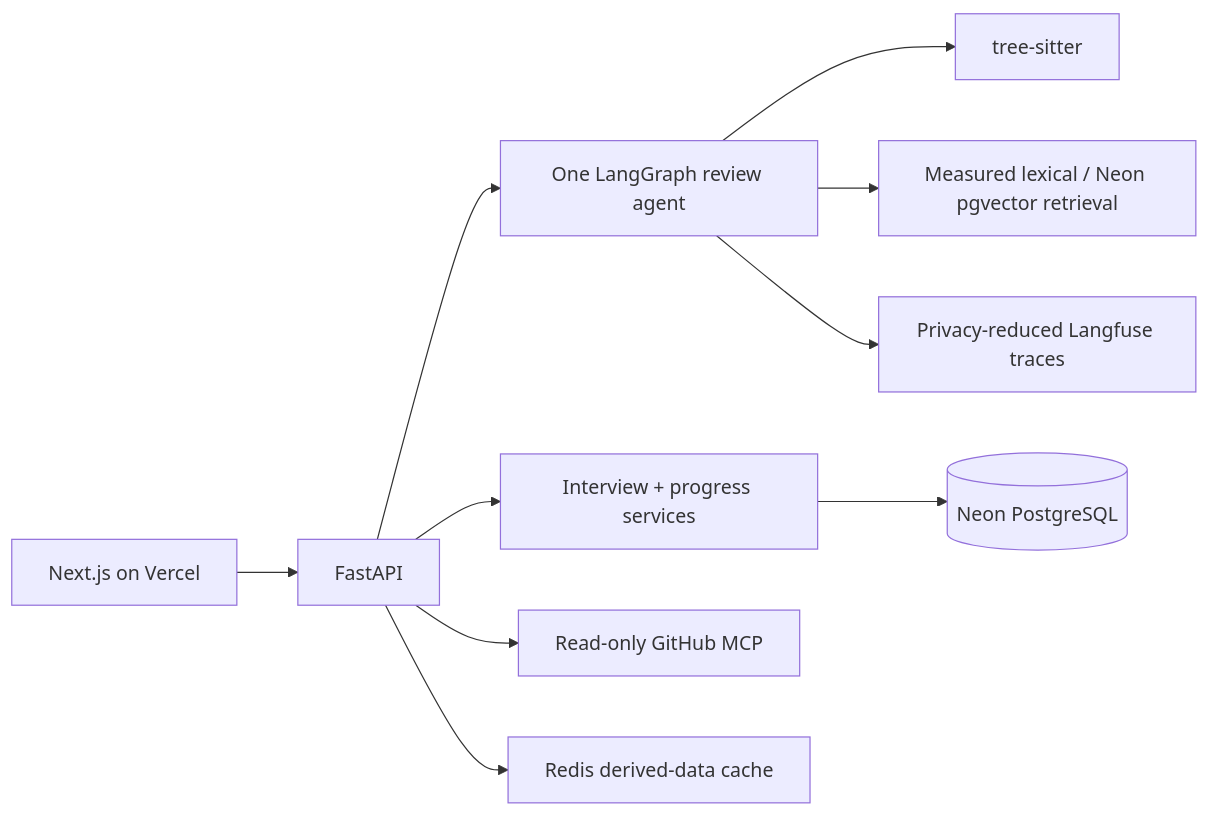
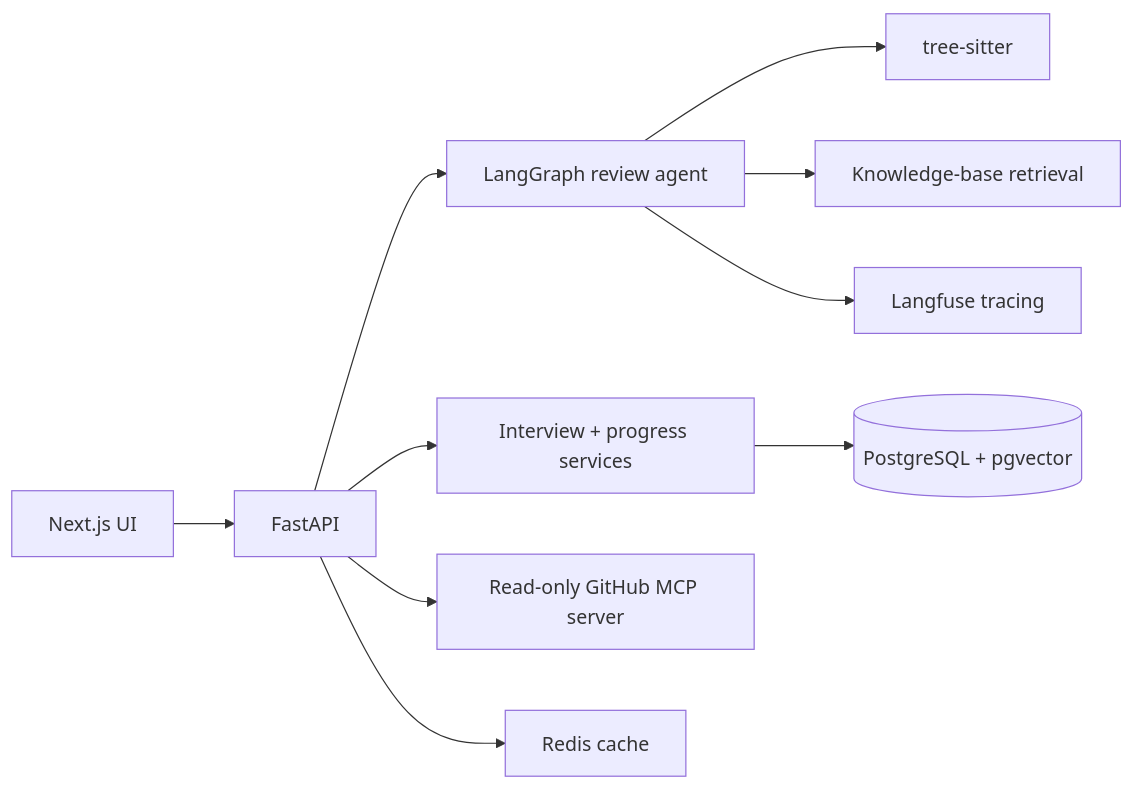
Before and after one commit to jeffstanley2002/clutch: the diagram in README.md, drawn with Mermaid. The commit also changed other lines of this file and 55 other files, not shown here.

````diff
--- a/README.md
+++ b/README.md
@@ -13,12 +48,12 @@
 ```mermaid
 flowchart LR
-  UI[Next.js on Vercel] --> API[FastAPI]
-  API --> AGENT[One LangGraph review agent]
+  UI[Next.js UI] --> API[FastAPI]
+  API --> AGENT[LangGraph review agent]
   API --> INTERVIEW[Interview + progress services]
   AGENT --> PARSER[tree-sitter]
-  AGENT --> RAG[Measured lexical / Neon pgvector retrieval]
-  API --> MCP[Read-only GitHub MCP]
-  API --> REDIS[Redis derived-data cache]
-  AGENT --> LF[Privacy-reduced Langfuse traces]
-  INTERVIEW --> PG[(Neon PostgreSQL)]
+  AGENT --> RAG[Knowledge-base retrieval]
+  API --> MCP[Read-only GitHub MCP server]
+  API --> REDIS[Redis cache]
+  AGENT --> LF[Langfuse tracing]
+  INTERVIEW --> PG[(PostgreSQL + pgvector)]
 ```
````
